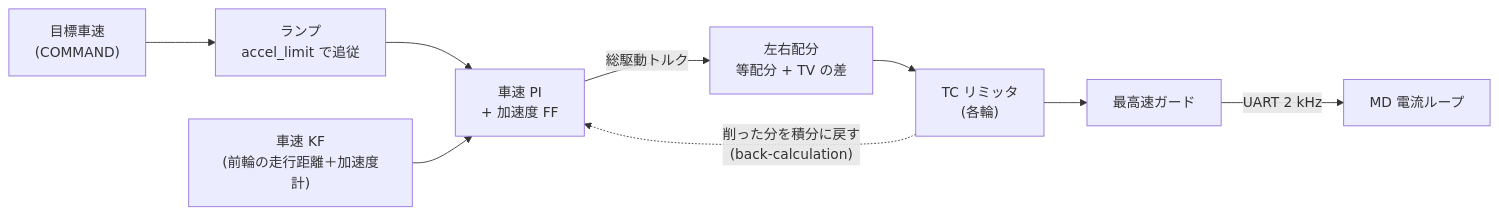
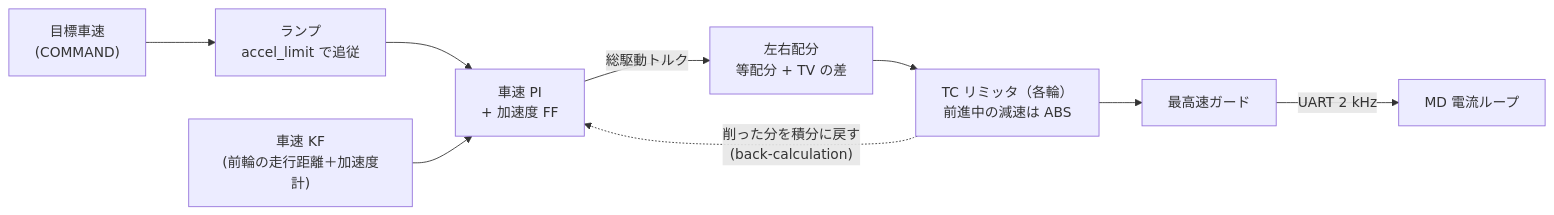
One commit to banbatakumi/surge-mk2 changed the first of 2 diagrams in docs/control/drive.md. Above: the diagram before and after it, drawn with Mermaid. The commit also changed other lines of this file and 5 other files, not shown here.

````diff
--- a/docs/control/drive.md
+++ b/docs/control/drive.md
@@ -18,11 +18,11 @@
 ```mermaid
 flowchart LR
     A["目標車速<br/>(COMMAND)"] --> B["ランプ<br/>accel_limit で追従"]
     B --> C["車速 PI<br/>+ 加速度 FF"]
     V["車速 KF<br/>(前輪の走行距離＋加速度計)"] --> C
     C -- "総駆動トルク" --> D["左右配分<br/>等配分 + TV の差"]
-    D --> E["TC リミッタ<br/>(各輪)"]
+    D --> E["TC リミッタ（各輪）<br/>前進中の減速は ABS"]
     E --> F["最高速ガード"]
     F -- "UART 2 kHz" --> G["MD 電流ループ"]
     E -. "削った分を積分に戻す<br/>(back-calculation)" .-> C
 ```
````
